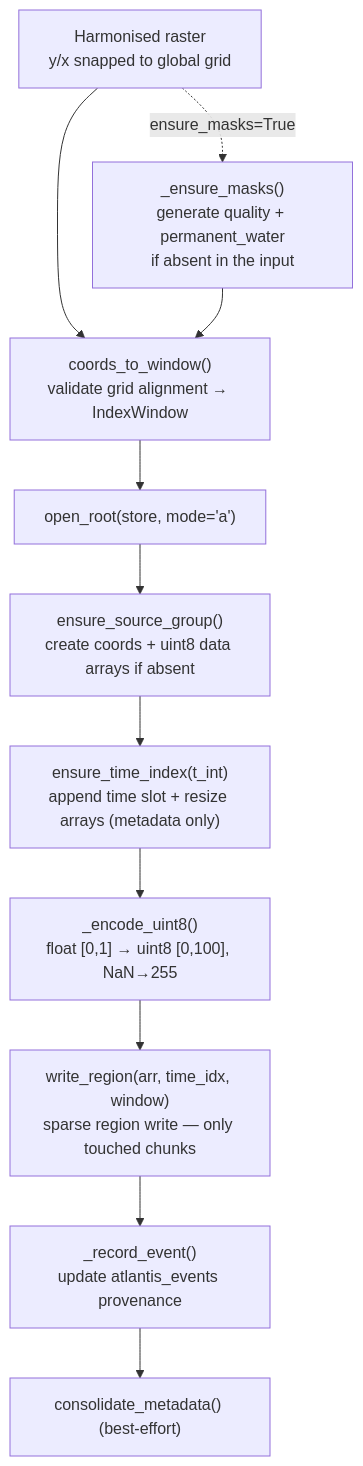
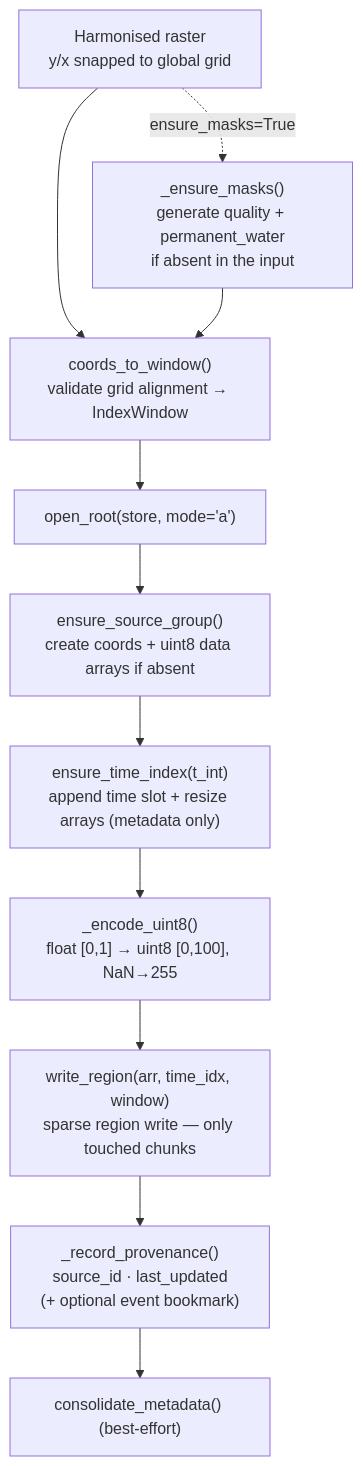
Before and after one commit to opageo/atlantis: the third of 4 diagrams in docs/archive/zarr-spec.md, drawn with Mermaid. The commit also changed other lines of this file and 5 other files, not shown here.

````diff
--- a/docs/archive/zarr-spec.md
+++ b/docs/archive/zarr-spec.md
@@ -177,14 +190,14 @@
 ```mermaid
 graph TD
     A["Harmonised raster<br/>y/x snapped to global grid"] --> B["coords_to_window()<br/>validate grid alignment → IndexWindow"]
     B --> C["open_root(store, mode='a')"]
     C --> D["ensure_source_group()<br/>create coords + uint8 data arrays if absent"]
     D --> E["ensure_time_index(t_int)<br/>append time slot + resize arrays (metadata only)"]
     E --> F["_encode_uint8()<br/>float [0,1] → uint8 [0,100], NaN→255"]
     F --> G["write_region(arr, time_idx, window)<br/>sparse region write — only touched chunks"]
-    G --> H["_record_event()<br/>update atlantis_events provenance"]
+    G --> H["_record_provenance()<br/>source_id · last_updated<br/>(+ optional event bookmark)"]
     H --> I["consolidate_metadata() (best-effort)"]
 
     A -. "ensure_masks=True" .-> P["_ensure_masks()<br/>generate quality + permanent_water<br/>if absent in the input"]
     P --> B
 ```
````
